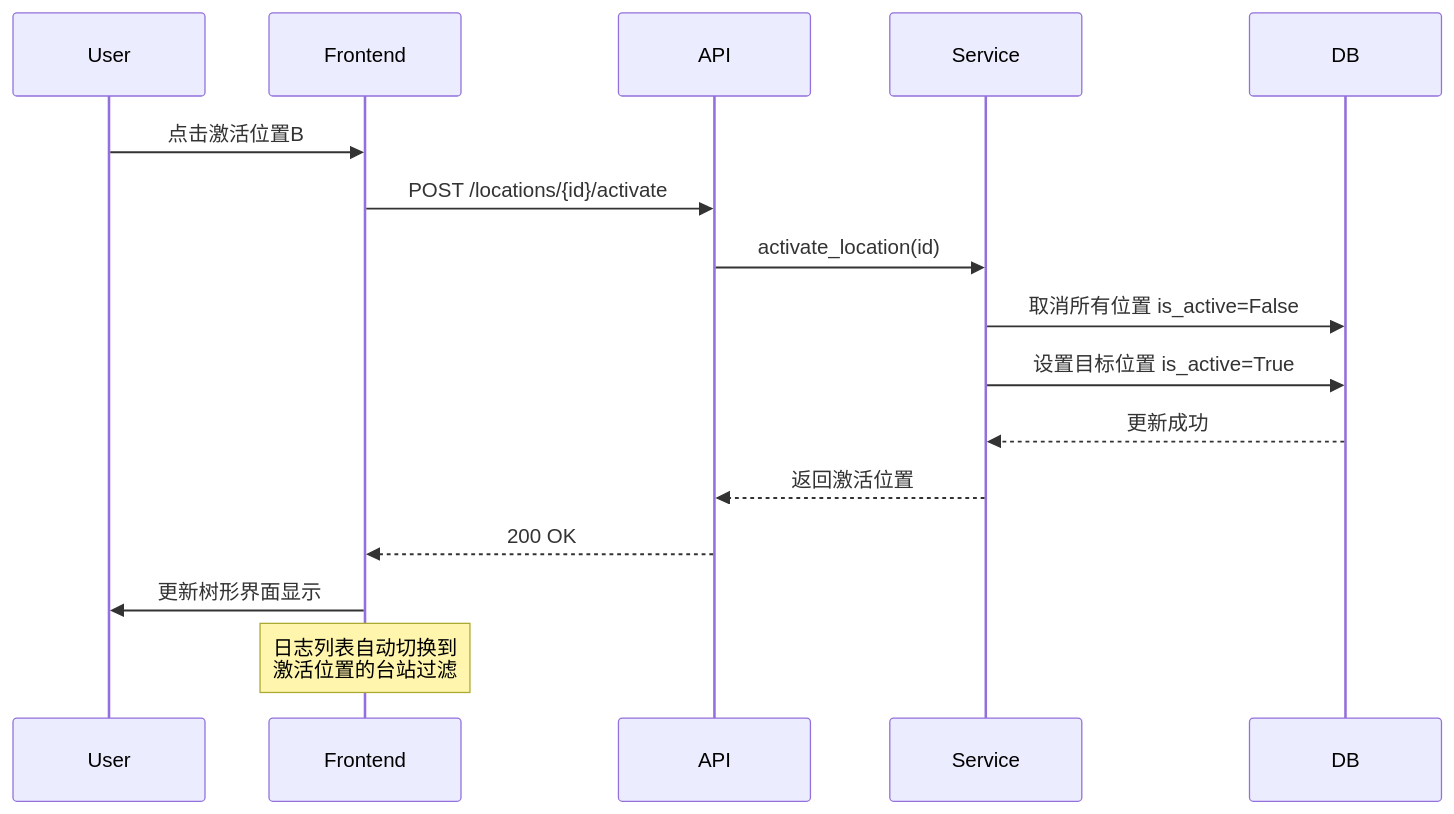
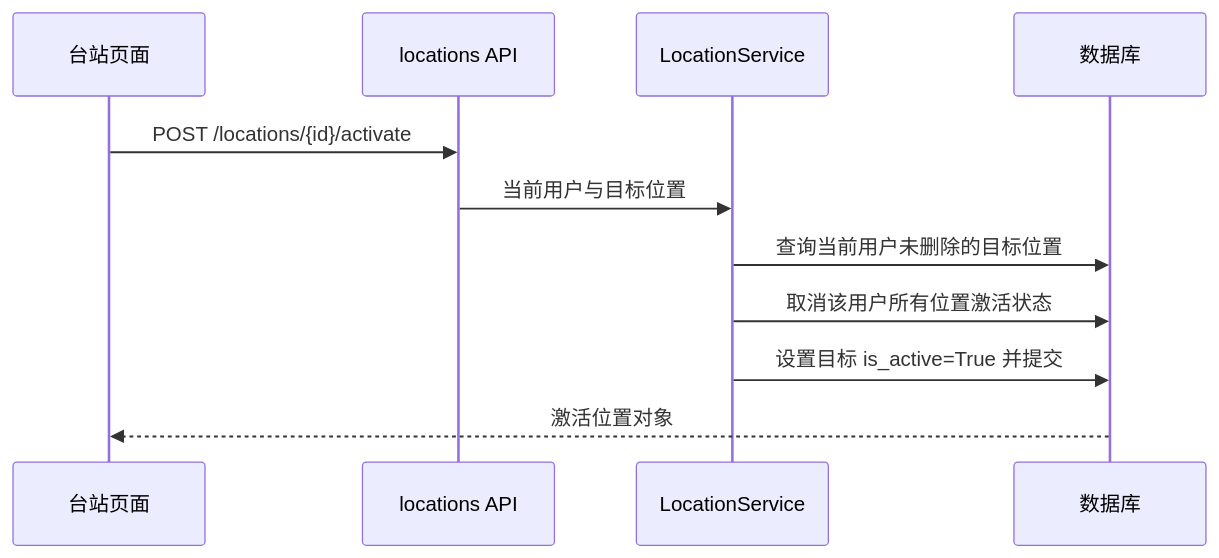
The ninth of 16 diagrams in doc/07_系统架构图.md (NanamiKite/radioManger), drawn with Mermaid before and after one commit. The commit also changed other lines of this file and 11 other files, not shown here.

````diff
--- a/doc/07_系统架构图.md
+++ b/doc/07_系统架构图.md
@@ -228,13 +139,13 @@
 ```mermaid
 sequenceDiagram
-    User->>Frontend: 点击激活位置B
-    Frontend->>API: POST /locations/{id}/activate
-    API->>Service: activate_location(id)
-    Service->>DB: 取消所有位置 is_active=False
-    Service->>DB: 设置目标位置 is_active=True
-    DB-->>Service: 更新成功
-    Service-->>API: 返回激活位置
-    API-->>Frontend: 200 OK
-    Frontend->>User: 更新树形界面显示
-    Note over Frontend: 日志列表自动切换到<br/>激活位置的台站过滤
+    participant UI as 台站页面
+    participant API as locations API
+    participant Service as LocationService
+    participant DB as 数据库
+    UI->>API: POST /locations/{id}/activate
+    API->>Service: 当前用户与目标位置
+    Service->>DB: 查询当前用户未删除的目标位置
+    Service->>DB: 取消该用户所有位置激活状态
+    Service->>DB: 设置目标 is_active=True 并提交
+    DB-->>UI: 激活位置对象
 ```
````
